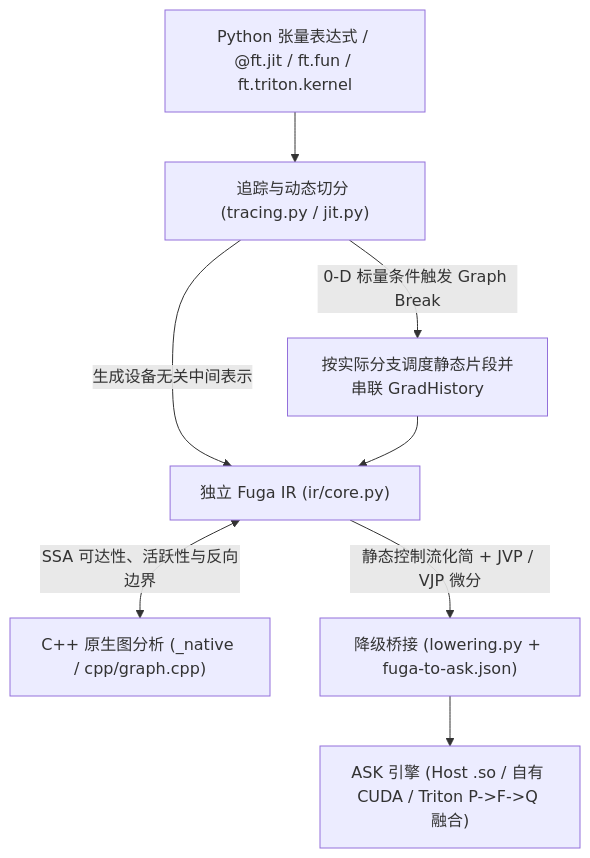
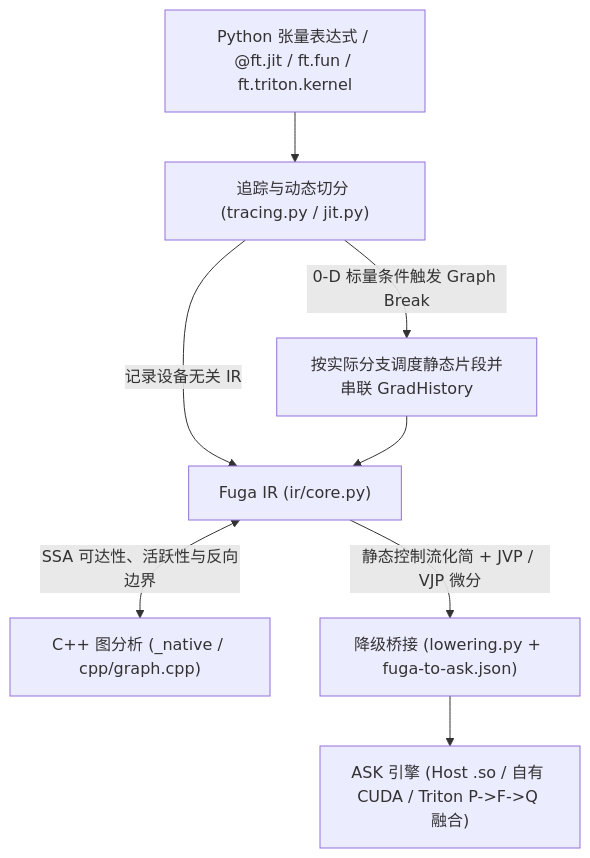
The diagram in docs/architecture/README.md (fugatensor/fugatensor), drawn with Mermaid before and after one commit. The commit also changed other lines of this file and 11 other files, not shown here.

````diff
--- a/docs/architecture/README.md
+++ b/docs/architecture/README.md
@@ -9,10 +7,10 @@
 ```mermaid
 flowchart TD
     User["Python 张量表达式 / @ft.jit / ft.fun / ft.triton.kernel"] --> Trace["追踪与动态切分 (tracing.py / jit.py)"]
     Trace -->|"0-D 标量条件触发 Graph Break"| Seg["按实际分支调度静态片段并串联 GradHistory"]
-    Trace -->|"生成设备无关中间表示"| FugaIR["独立 Fuga IR (ir/core.py)"]
+    Trace -->|"记录设备无关 IR"| FugaIR["Fuga IR (ir/core.py)"]
     Seg --> FugaIR
-    FugaIR <-->|"SSA 可达性、活跃性与反向边界"| NativeCPP["C++ 原生图分析 (_native / cpp/graph.cpp)"]
+    FugaIR <-->|"SSA 可达性、活跃性与反向边界"| NativeCPP["C++ 图分析 (_native / cpp/graph.cpp)"]
     FugaIR -->|"静态控制流化简 + JVP / VJP 微分"| Lower["降级桥接 (lowering.py + fuga-to-ask.json)"]
     Lower --> ASK["ASK 引擎 (Host .so / 自有 CUDA / Triton P->F->Q 融合)"]
 ```
````
